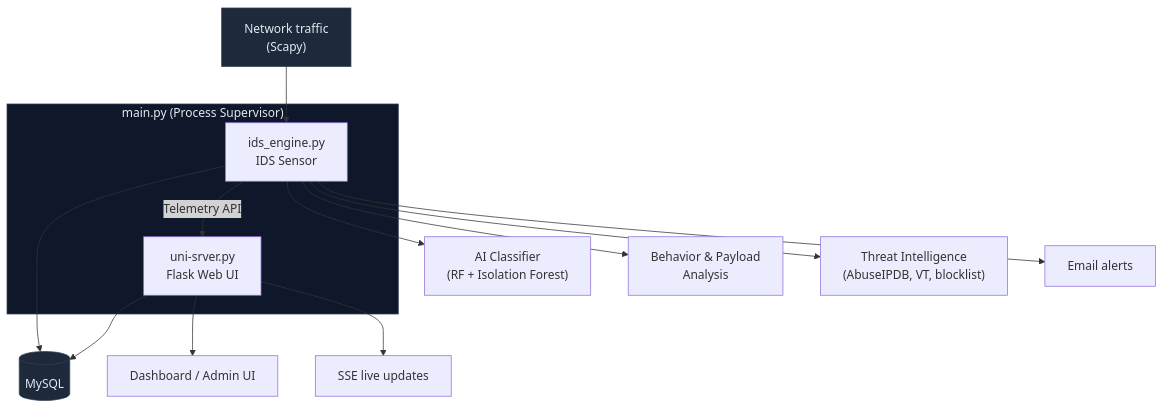
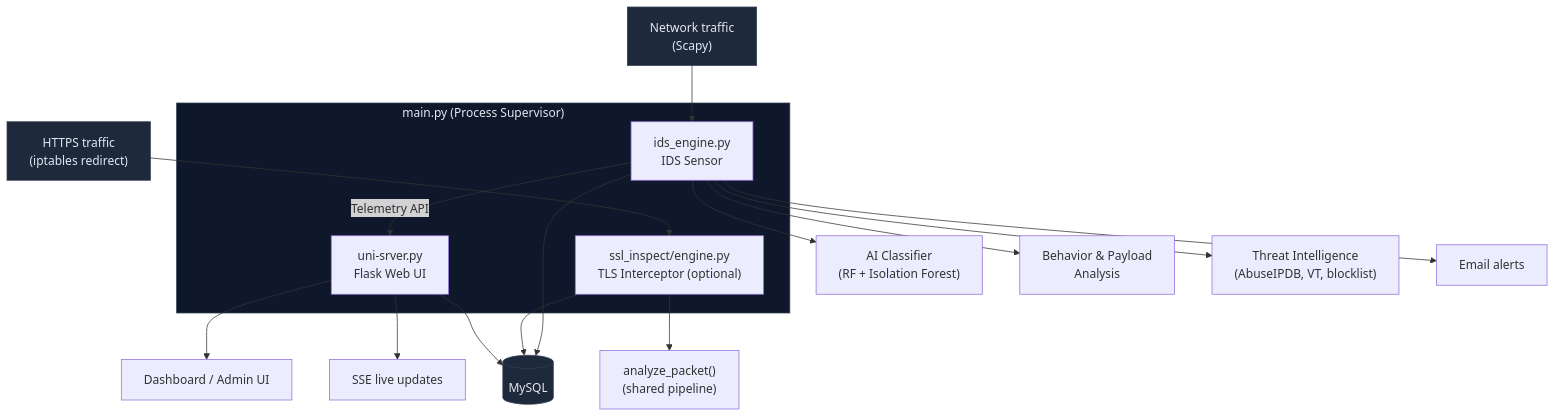
Before and after one commit to kamalx06/ids-bachelor-thesis: the diagram in README.md, drawn with Mermaid. The commit also changed other lines of this file and 24 other files, not shown here.

````diff
--- a/README.md
+++ b/README.md
@@ -49,22 +53,27 @@
 ```mermaid
 flowchart TB
     subgraph supervisor["main.py (Process Supervisor)"]
         WEB["uni-srver.py<br/>Flask Web UI"]
         IDS["ids_engine.py<br/>IDS Sensor"]
+        SSL["ssl_inspect/engine.py<br/>TLS Interceptor (optional)"]
     end
 
     PCAP["Network traffic<br/>(Scapy)"] --> IDS
+    HTTPS["HTTPS traffic<br/>(iptables redirect)"] --> SSL
+    SSL --> ANALYZE["analyze_packet()<br/>(shared pipeline)"]
     IDS --> ML["AI Classifier<br/>(RF + Isolation Forest)"]
     IDS --> BEH["Behavior & Payload<br/>Analysis"]
     IDS --> TI["Threat Intelligence<br/>(AbuseIPDB, VT, blocklist)"]
     IDS --> MYSQL[(MySQL)]
+    SSL --> MYSQL
     IDS -->|"Telemetry API"| WEB
     WEB --> DASH["Dashboard / Admin UI"]
     WEB --> SSE["SSE live updates"]
     WEB --> MYSQL
     IDS --> ALERT["Email alerts"]
 
     style supervisor fill:#0f172a,stroke:#334155,color:#e2e8f0
     style PCAP fill:#1e293b,stroke:#334155,color:#e2e8f0
+    style HTTPS fill:#1e293b,stroke:#334155,color:#e2e8f0
     style MYSQL fill:#1e293b,stroke:#334155,color:#e2e8f0
 ```
````
